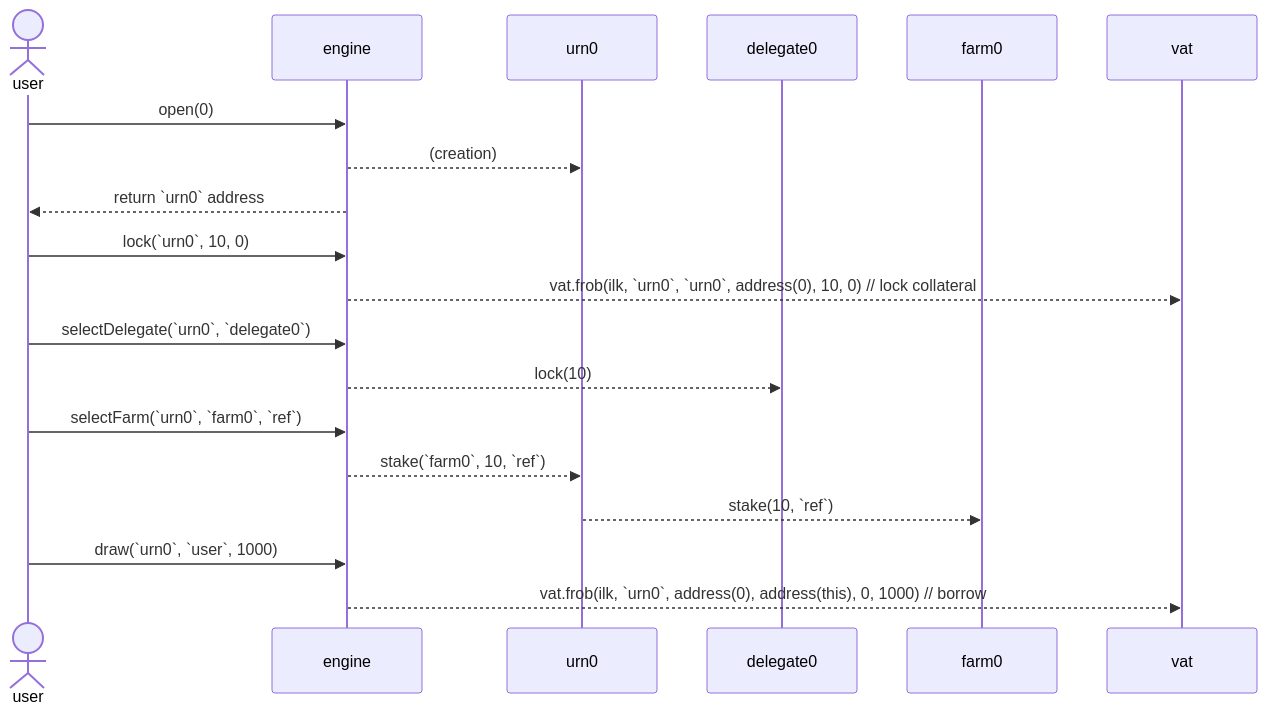
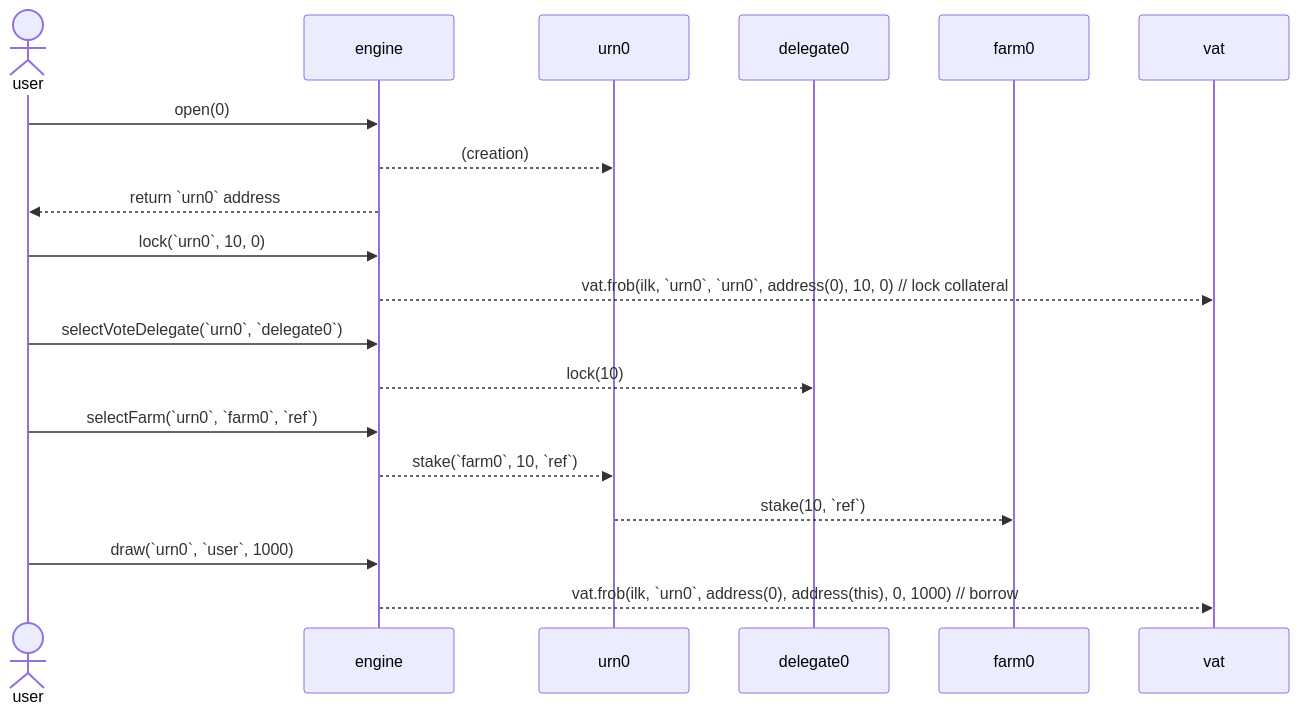
Before and after one commit to makerdao/lockstake: the diagram in README.md, drawn with Mermaid. The commit also changed other lines of this file, not shown here.

Commit message:
selectDelegate => selectVoteDelegate in README

````diff
--- a/README.md
+++ b/README.md
@@ -50,27 +50,27 @@
 ```mermaid
 sequenceDiagram
 	Actor user
     participant engine
     participant urn0
     participant delegate0
     participant farm0
     participant vat
     
     user->>engine: open(0)
     engine-->>urn0: (creation)
     engine-->>user: return `urn0` address
        
     user->>engine: lock(`urn0`, 10, 0)
     engine-->>vat: vat.frob(ilk, `urn0`, `urn0`, address(0), 10, 0) // lock collateral
     
-    user->>engine: selectDelegate(`urn0`, `delegate0`)
+    user->>engine: selectVoteDelegate(`urn0`, `delegate0`)
     engine-->>delegate0: lock(10)
     
     user->>engine: selectFarm(`urn0`, `farm0`, `ref`)
     engine-->>urn0: stake(`farm0`, 10, `ref`)
     urn0-->>farm0: stake(10, `ref`);
     
        
     user->>engine: draw(`urn0`, `user`, 1000)
     engine-->>vat: vat.frob(ilk, `urn0`, address(0), address(this), 0, 1000) // borrow
 ```
````
